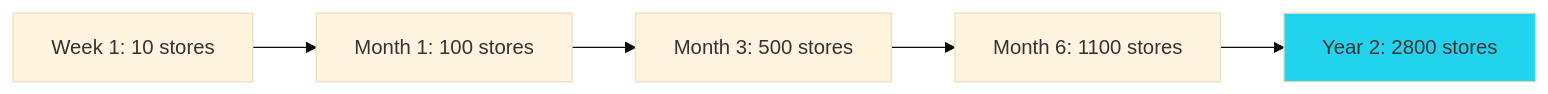
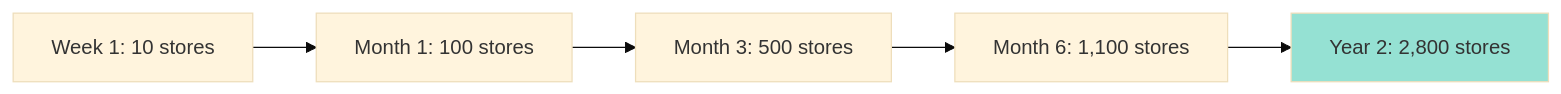
One commit to jeffstagg/portfolio changed the diagram in apps/Portfolio.React/public/content/projects/instacart-fulfillment.md. Above: the diagram before and after it, drawn with Mermaid (base theme). The commit also changed other lines of this file and 16 other files, not shown here.

````diff
--- a/apps/Portfolio.React/public/content/projects/instacart-fulfillment.md
+++ b/apps/Portfolio.React/public/content/projects/instacart-fulfillment.md
@@ -93,9 +86,15 @@
 ```mermaid
+
 graph LR
-    A[Week 1: 10 stores] --> B[Month 1: 100 stores]
-    B --> C[Month 3: 500 stores]
-    C --> D[Month 6: 1100 stores]
-    D --> E[Year 2: 2800 stores]
 
-    style E fill:#22D3EE
+    A[Week 1: 10 stores] --> B[Month 1: 100 stores]
+
+    B --> C[Month 3: 500 stores]
+
+    C --> D[Month 6: 1,100 stores]
+
+    D --> E[Year 2: 2,800 stores]
+
+    style E fill:#95e1d3
+
 ```
````
